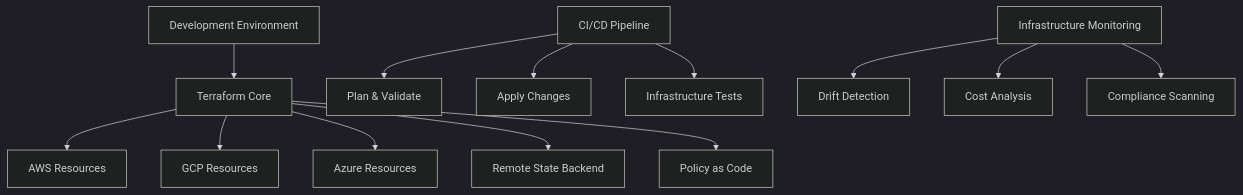
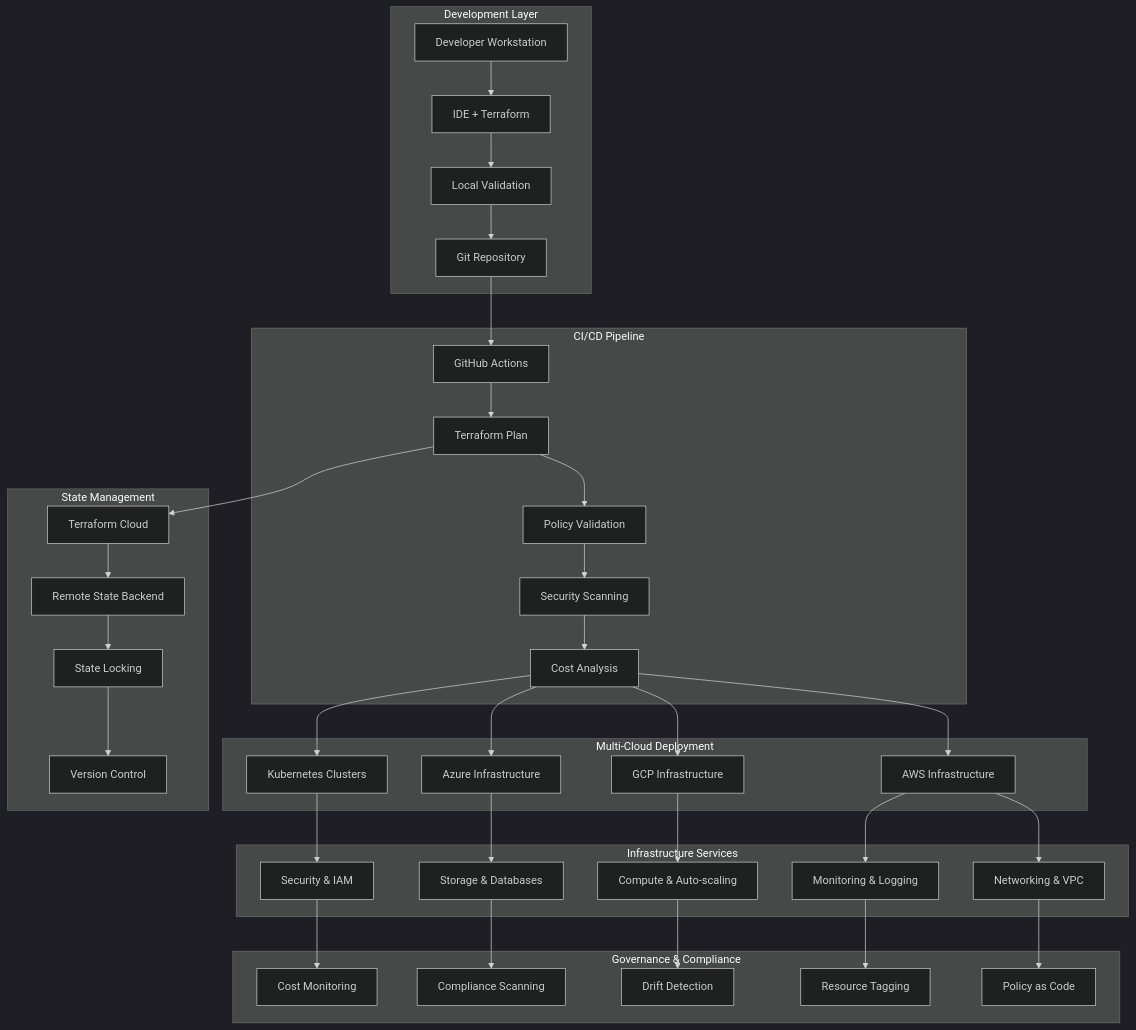
One commit to olaitanojo/infrastructure-as-code changed the first of 3 diagrams in README.md. Above: the diagram before and after it, drawn with Mermaid (dark theme). The commit also changed other lines of this file, not shown here.

Commit message:
🚀 Enhanced Infrastructure as Code with comprehensive architecture diagrams
- Added professional badges for multi-cloud technology stack
- Created comprehensive 6-layer architecture visualization showing development to governance
- Added Terraform workflow sequence diagram showing complete deployment process
- Included infrastructure component diagram with C4 model representation
- Enhanced documentation structure with proper TOC and navigation
- Improved visual representation of multi-cloud infrastructure management

````diff
--- a/README.md
+++ b/README.md
@@ -7,18 +26,79 @@
 ```mermaid
 graph TB
-    Dev[Development Environment] --> Terraform[Terraform Core]
-    Terraform --> AWS[AWS Resources]
-    Terraform --> GCP[GCP Resources]
-    Terraform --> Azure[Azure Resources]
+    subgraph "Development Layer"
+        A1[Developer Workstation]
+        A2[IDE + Terraform]
+        A3[Local Validation]
+        A4[Git Repository]
+    end
     
-    Terraform --> State[Remote State Backend]
-    Terraform --> Policy[Policy as Code]
+    subgraph "CI/CD Pipeline"
+        B1[GitHub Actions]
+        B2[Terraform Plan]
+        B3[Policy Validation]
+        B4[Security Scanning]
+        B5[Cost Analysis]
+    end
     
-    Pipeline[CI/CD Pipeline] --> Validate[Plan & Validate]
-    Pipeline --> Deploy[Apply Changes]
-    Pipeline --> Test[Infrastructure Tests]
+    subgraph "State Management"
+        C1[Terraform Cloud]
+        C2[Remote State Backend]
+        C3[State Locking]
+        C4[Version Control]
+    end
     
-    Monitor[Infrastructure Monitoring] --> Drift[Drift Detection]
-    Monitor --> Cost[Cost Analysis]
-    Monitor --> Compliance[Compliance Scanning]
+    subgraph "Multi-Cloud Deployment"
+        D1[AWS Infrastructure]
+        D2[GCP Infrastructure]
+        D3[Azure Infrastructure]
+        D4[Kubernetes Clusters]
+    end
+    
+    subgraph "Infrastructure Services"
+        E1[Networking & VPC]
+        E2[Compute & Auto-scaling]
+        E3[Storage & Databases]
+        E4[Security & IAM]
+        E5[Monitoring & Logging]
+    end
+    
+    subgraph "Governance & Compliance"
+        F1[Policy as Code]
+        F2[Drift Detection]
+        F3[Compliance Scanning]
+        F4[Cost Monitoring]
+        F5[Resource Tagging]
+    end
+    
+    A1 --> A2
+    A2 --> A3
+    A3 --> A4
+    A4 --> B1
+    
+    B1 --> B2
+    B2 --> B3
+    B3 --> B4
+    B4 --> B5
+    
+    B2 --> C1
+    C1 --> C2
+    C2 --> C3
+    C3 --> C4
+    
+    B5 --> D1
+    B5 --> D2
+    B5 --> D3
+    B5 --> D4
+    
+    D1 --> E1
+    D2 --> E2
+    D3 --> E3
+    D4 --> E4
+    D1 --> E5
+    
+    E1 --> F1
+    E2 --> F2
+    E3 --> F3
+    E4 --> F4
+    E5 --> F5
 ```
````
